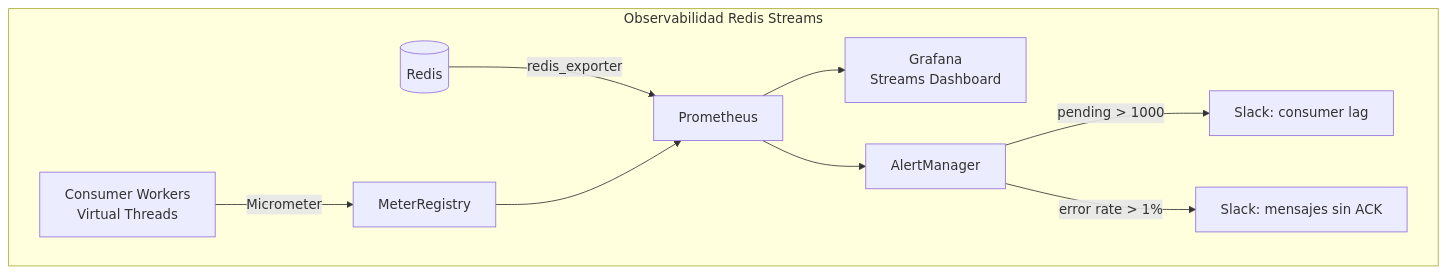
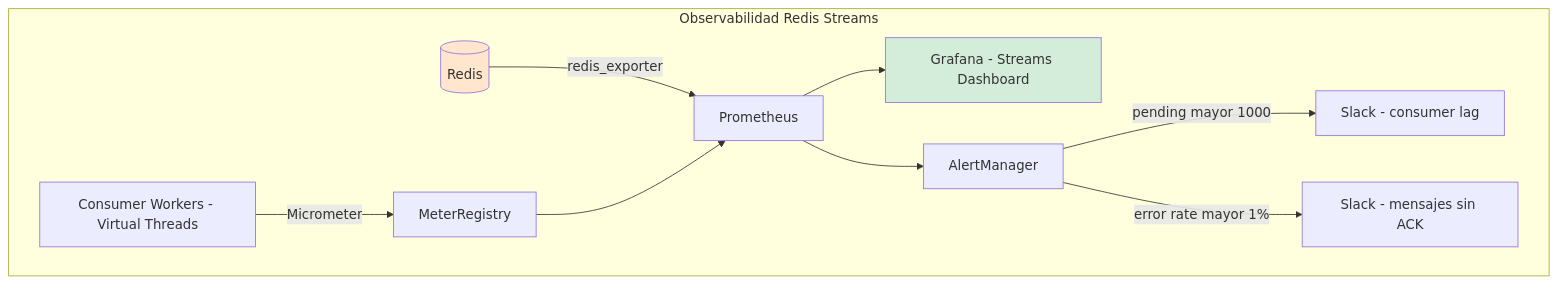
The third of 4 diagrams in 04_Bases_de_Datos/redis_avanzado_streams_pubsub_y_patrones_de_mensajeria_STAFF.md (Joaquinriosheredia/DAM-Java-Mastery), drawn with Mermaid before and after one commit. The commit also changed other lines of this file, not shown here.

Commit message:
redis_avanzado_streams_pubsub_y_patrones_de_mensajeria_STAFF.md

````diff
--- a/04_Bases_de_Datos/redis_avanzado_streams_pubsub_y_patrones_de_mensajeria_STAFF.md
+++ b/04_Bases_de_Datos/redis_avanzado_streams_pubsub_y_patrones_de_mensajeria_STAFF.md
@@ -594,12 +705,15 @@
 ```mermaid
 graph TD
     subgraph "Observabilidad Redis Streams"
-        APP[Consumer Workers\nVirtual Threads] -->|Micrometer| MIC[MeterRegistry]
+        APP[Consumer Workers - Virtual Threads] -->|Micrometer| MIC[MeterRegistry]
         REDIS[(Redis)] -->|redis_exporter| PROM[Prometheus]
         MIC --> PROM
-        PROM --> GRAF[Grafana\nStreams Dashboard]
+        PROM --> GRAF[Grafana - Streams Dashboard]
         PROM --> AM[AlertManager]
-        AM -->|pending > 1000| SLACK[Slack: consumer lag]
-        AM -->|error rate > 1%| WARN[Slack: mensajes sin ACK]
+        AM -->|pending mayor 1000| SLACK[Slack - consumer lag]
+        AM -->|error rate mayor 1%| WARN[Slack - mensajes sin ACK]
     end
+    
+    style REDIS fill:#ffe6cc
+    style GRAF fill:#d4edda
 ```
````
